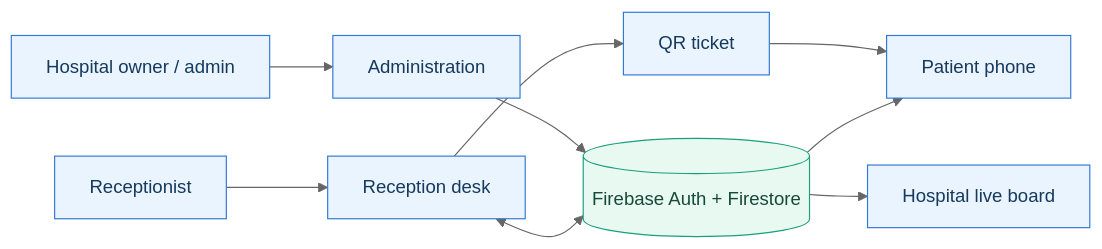
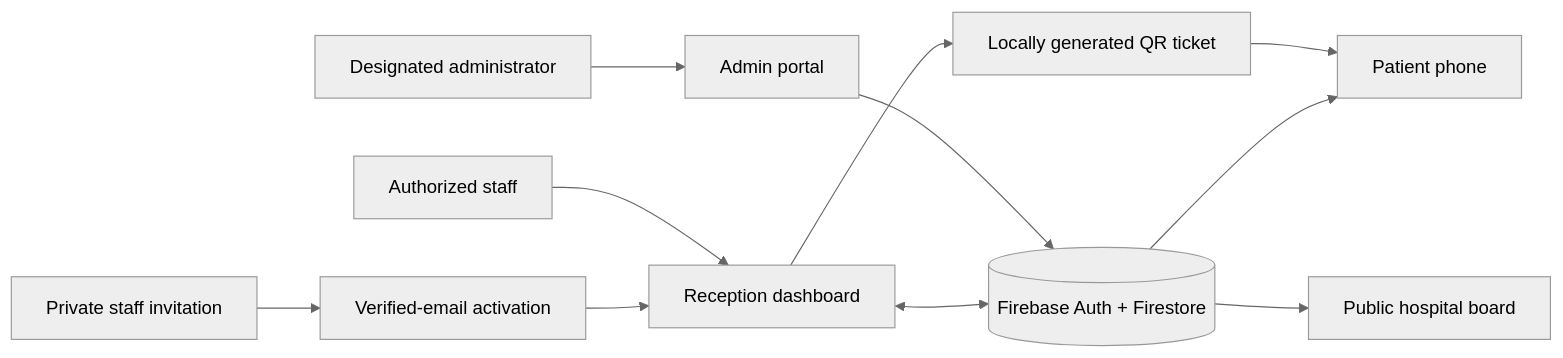
Before and after one commit to NittinChughani/TurnAhead: the diagram in README.md, drawn with Mermaid (neutral theme). The commit also changed other lines of this file and 20 other files, not shown here.

Commit message:
feat: v2.2 — single-admin hospital cockpit, invite-only staff and faster live views

````diff
--- a/README.md
+++ b/README.md
@@ -143,13 +126,13 @@
 ```mermaid
 flowchart LR
-  classDef screen fill:#E9F4FF,stroke:#3177D3,color:#16395C
-  classDef data fill:#E8F9F2,stroke:#1A9E7D,color:#17493B
-  H[Hospital owner / admin]:::screen --> A[Administration]:::screen
-  R[Receptionist]:::screen --> D[Reception desk]:::screen
-  D --> T[QR ticket]:::screen
-  T --> P[Patient phone]:::screen
-  A --> F[(Firebase Auth + Firestore)]:::data
-  D <--> F
-  F --> P
-  F --> B[Hospital live board]:::screen
+    A[Designated administrator] --> AD[Admin portal]
+    S[Authorized staff] --> R[Reception dashboard]
+    I[Private staff invitation] --> V[Verified-email activation]
+    V --> R
+    AD --> F[(Firebase Auth + Firestore)]
+    R <--> F
+    R --> Q[Locally generated QR ticket]
+    Q --> P[Patient phone]
+    F --> P
+    F --> B[Public hospital board]
 ```
````
